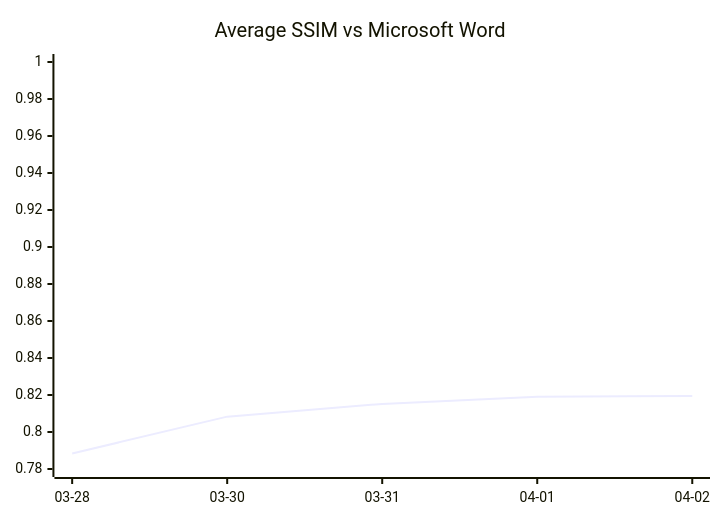
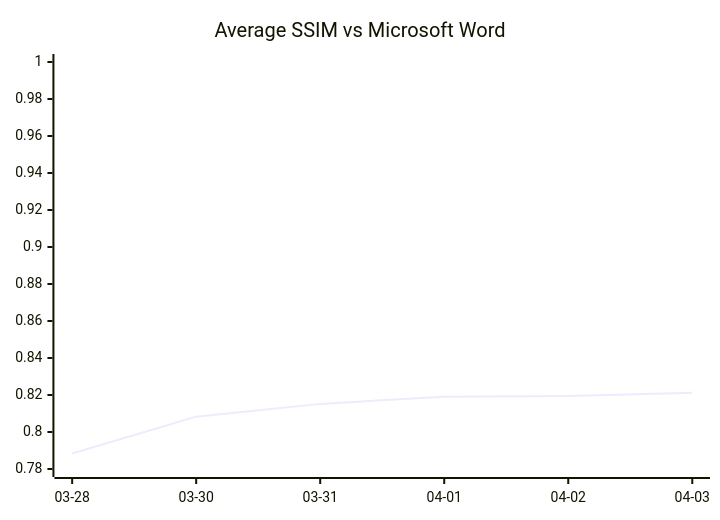
One commit to Ryujiyasu/oxi changed the diagram in README.md. Above: the diagram before and after it, drawn with Mermaid. The commit also changed other lines of this file, not shown here.

````diff
--- a/README.md
+++ b/README.md
@@ -177,7 +177,7 @@
 ```mermaid
 xychart-beta
   title "Average SSIM vs Microsoft Word"
-  x-axis ["03-28", "03-30", "03-31", "04-01", "04-02"]
+  x-axis ["03-28", "03-30", "03-31", "04-01", "04-02", "04-03"]
   y-axis 0.78 --> 1.0
-  line [0.7884, 0.8083, 0.8152, 0.8191, 0.8194]
+  line [0.7884, 0.8083, 0.8152, 0.8191, 0.8194, 0.8212]
 ```
````
